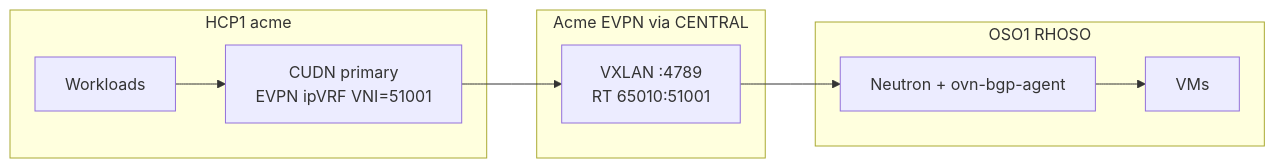
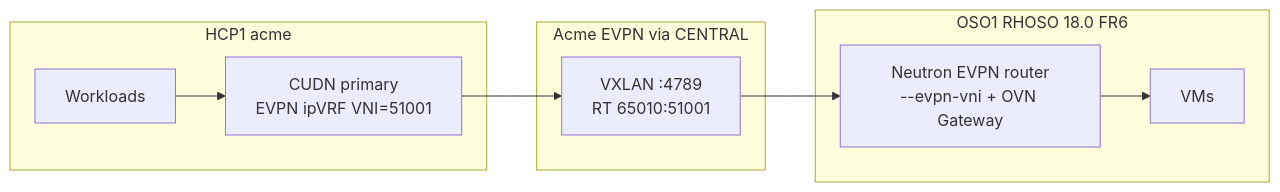
The second of 15 diagrams in design/fabric.md (hybrid-sovereign-cloud/hybridcloud-demojam), drawn with Mermaid before and after one commit. The commit also changed other lines of this file and 49 other files, not shown here.

````diff
--- a/design/fabric.md
+++ b/design/fabric.md
@@ -162,15 +162,15 @@
 ```mermaid
 flowchart LR
   subgraph hcp1["HCP1 acme"]
     CUDN["CUDN primary\nEVPN ipVRF VNI=51001"]
     W[Workloads]
   end
   subgraph fabric["Acme EVPN via CENTRAL"]
     VX["VXLAN :4789\nRT 65010:51001"]
   end
-  subgraph oso["OSO1 RHOSO"]
-    NEU["Neutron + ovn-bgp-agent"]
+  subgraph oso["OSO1 RHOSO 18.0 FR6"]
+    NEU["Neutron EVPN router\n--evpn-vni + OVN Gateway"]
     VM[VMs]
   end
   W --> CUDN --> VX --> NEU --> VM
 ```
````
